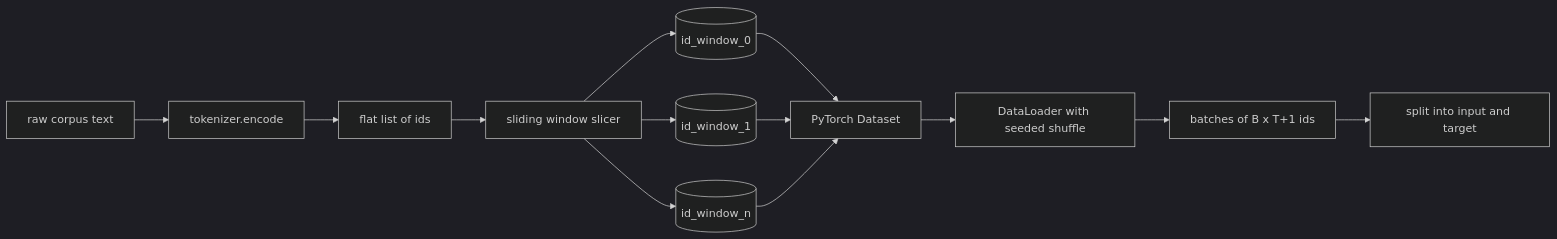
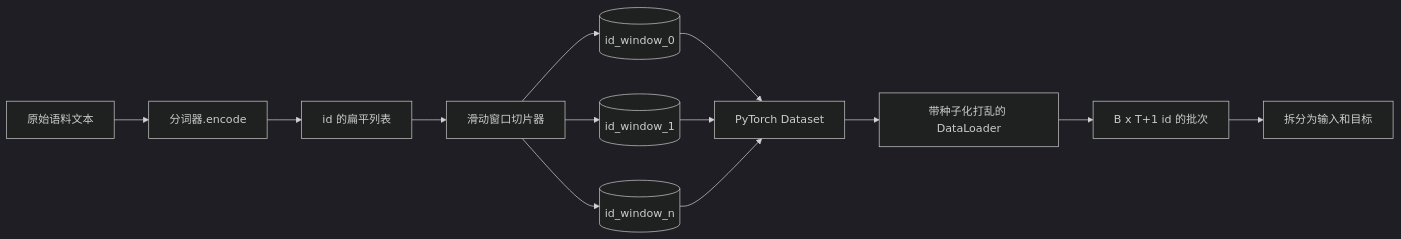
Before and after one commit to guangningsun/ailearning: the first of 2 diagrams in lessons/19-capstone-projects/31-tokenized-dataset-sliding-window/docs/zh.md, drawn with Mermaid (dark theme). The commit also changed other lines of this file and 85 other files, not shown here.

````diff
--- a/lessons/19-capstone-projects/31-tokenized-dataset-sliding-window/docs/zh.md
+++ b/lessons/19-capstone-projects/31-tokenized-dataset-sliding-window/docs/zh.md
@@ -27,15 +27,15 @@
 ```mermaid
 flowchart LR
-    A[raw corpus text] --> B[tokenizer.encode]
-    B --> C[flat list of ids]
-    C --> D[sliding window slicer]
+    A[原始语料文本] --> B[分词器.encode]
+    B --> C[id 的扁平列表]
+    C --> D[滑动窗口切片器]
     D --> E[(id_window_0)]
     D --> F[(id_window_1)]
     D --> G[(id_window_n)]
     E --> H[PyTorch Dataset]
     F --> H
     G --> H
-    H --> I[DataLoader with seeded shuffle]
-    I --> J[batches of B x T+1 ids]
-    J --> K[split into input and target]
+    H --> I[带种子化打乱的 DataLoader]
+    I --> J[B x T+1 id 的批次]
+    J --> K[拆分为输入和目标]
 ```
````
